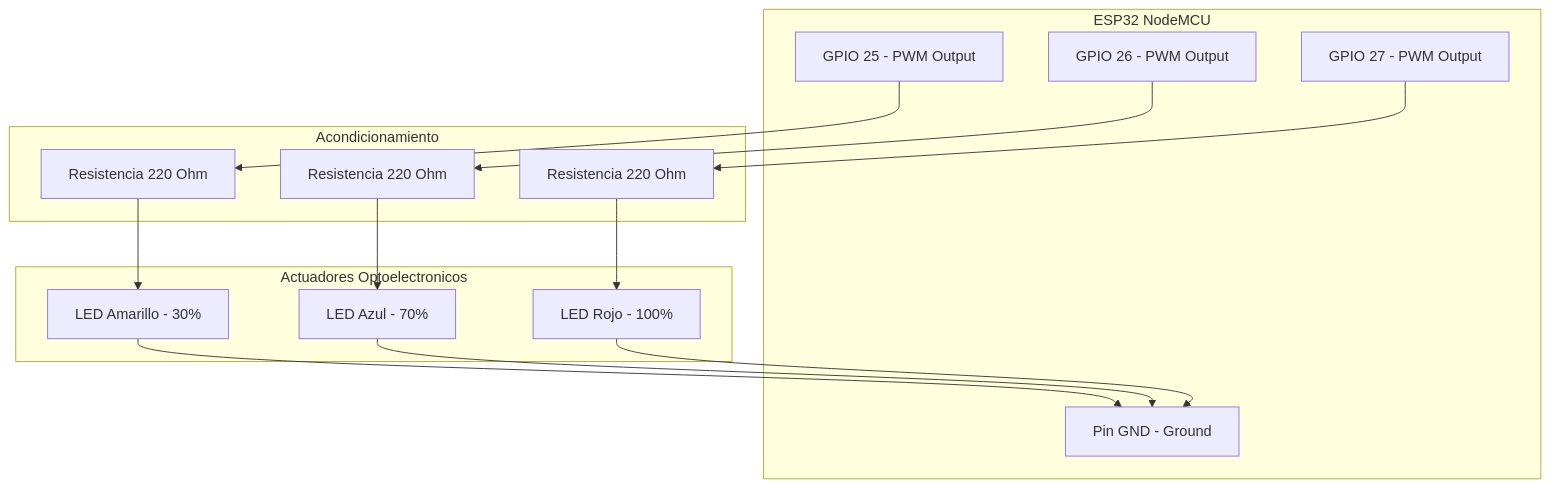
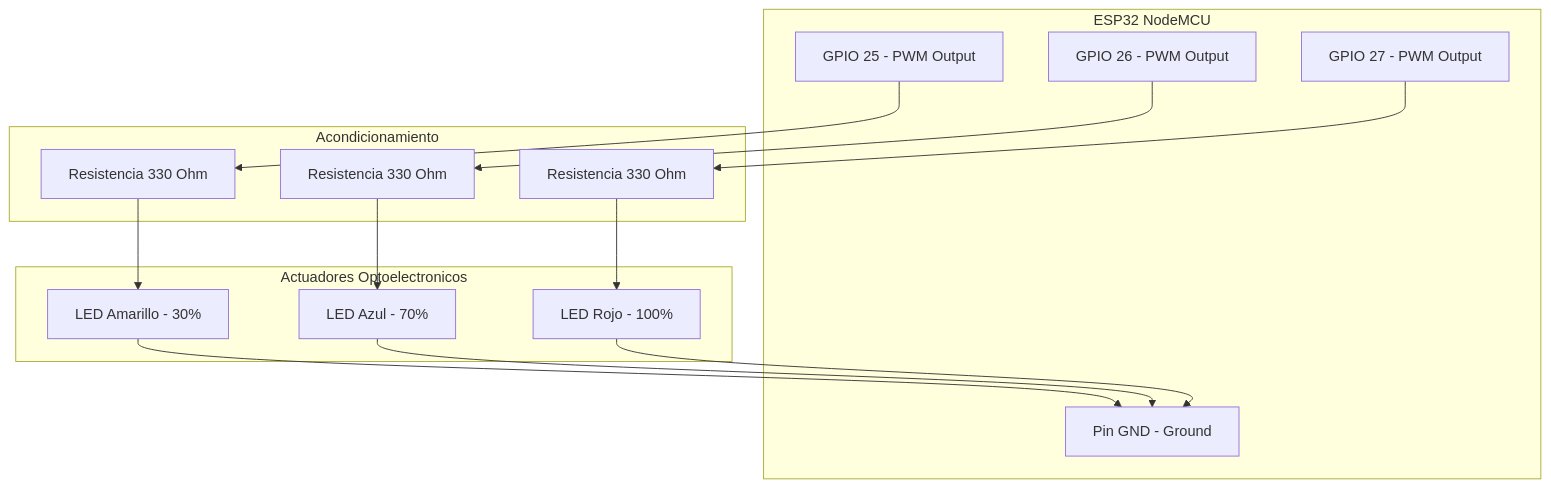
Before and after one commit to Johan-C777/PWM-MediaPipe-iluminacion-gestos: the second of 2 diagrams in README.md, drawn with Mermaid. The commit also changed other lines of this file, not shown here.

````diff
--- a/README.md
+++ b/README.md
@@ -65,25 +65,25 @@
 ```mermaid
 flowchart TD
     subgraph ESP32 NodeMCU
         G25[GPIO 25 - PWM Output]
         G26[GPIO 26 - PWM Output]
         G27[GPIO 27 - PWM Output]
         GND[Pin GND - Ground]
     end
 
     subgraph Acondicionamiento
-        R1[Resistencia 220 Ohm]
-        R2[Resistencia 220 Ohm]
-        R3[Resistencia 220 Ohm]
+        R1[Resistencia 330 Ohm]
+        R2[Resistencia 330 Ohm]
+        R3[Resistencia 330 Ohm]
     end
 
     subgraph Actuadores Optoelectronicos
         LED_Y[LED Amarillo - 30%]
         LED_B[LED Azul - 70%]
         LED_R[LED Rojo - 100%]
     end
 
     G25 --> R1 --> LED_Y --> GND
     G26 --> R2 --> LED_B --> GND
     G27 --> R3 --> LED_R --> GND
 ```
````
